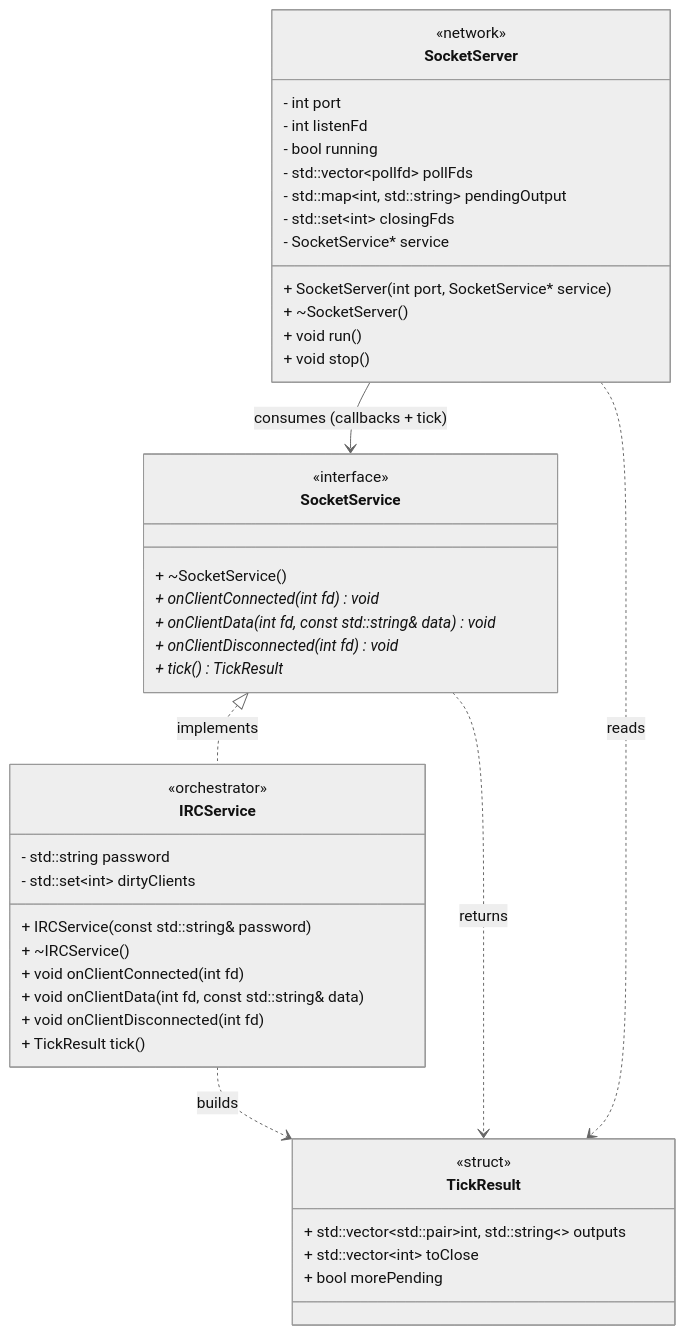
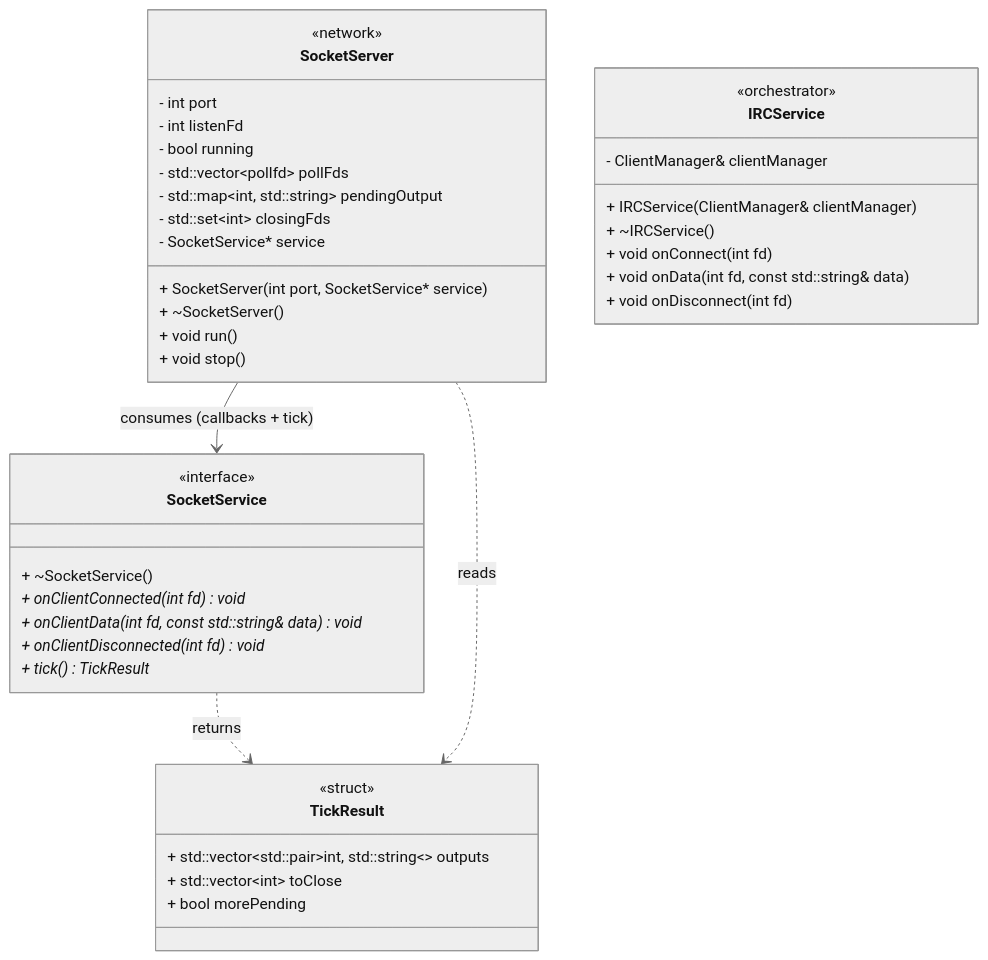
One commit to LuisGrigore/ft-irc changed the diagram in docs/diagrams/class/irc_network_layer_pull.mmd. Above: the diagram before and after it, drawn with Mermaid (neutral theme). The commit also changed 7 other files, not shown here.

```diff
--- a/docs/diagrams/class/irc_network_layer_pull.mmd
+++ b/docs/diagrams/class/irc_network_layer_pull.mmd
@@ -1,49 +1,45 @@
 classDiagram
     class SocketService {
         <<interface>>
         + ~SocketService()
         + onClientConnected(int fd)* void
         + onClientData(int fd, const std::string& data)* void
         + onClientDisconnected(int fd)* void
         + tick()* TickResult
     }
 
     class TickResult {
         <<struct>>
         + std::vector~std::pair~int, std::string~~ outputs
         + std::vector~int~ toClose
         + bool morePending
     }
 
     class SocketServer {
         <<network>>
         - int port
         - int listenFd
         - bool running
         - std::vector~pollfd~ pollFds
         - std::map~int, std::string~ pendingOutput
         - std::set~int~ closingFds
         - SocketService* service
         + SocketServer(int port, SocketService* service)
         + ~SocketServer()
         + void run()
         + void stop()
     }
 
     class IRCService {
         <<orchestrator>>
-        - std::string password
-        - std::set~int~ dirtyClients
-        + IRCService(const std::string& password)
+        - ClientManager& clientManager
+        + IRCService(ClientManager& clientManager)
         + ~IRCService()
-        + void onClientConnected(int fd)
-        + void onClientData(int fd, const std::string& data)
-        + void onClientDisconnected(int fd)
-        + TickResult tick()
+        + void onConnect(int fd)
+        + void onData(int fd, const std::string& data)
+        + void onDisconnect(int fd)
     }
 
-    SocketService <|.. IRCService : implements
     SocketServer --> SocketService : consumes (callbacks + tick)
     SocketService ..> TickResult : returns
     SocketServer ..> TickResult : reads
-    IRCService ..> TickResult : builds
```
